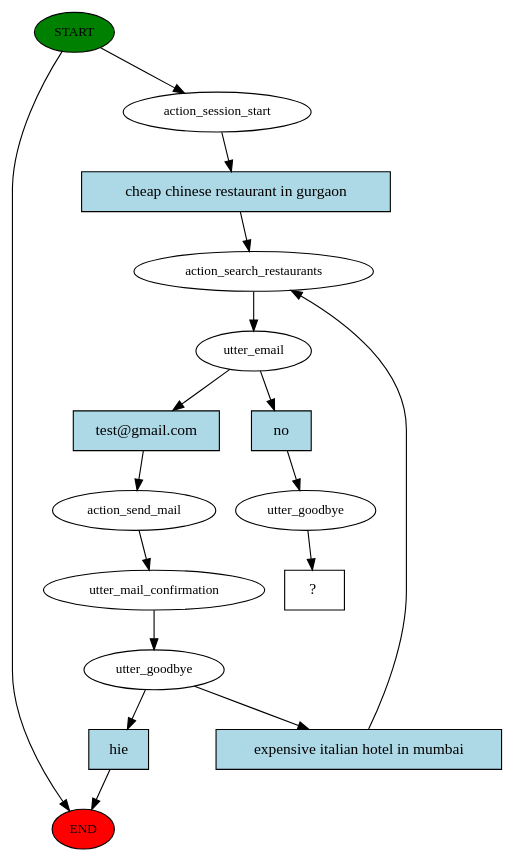
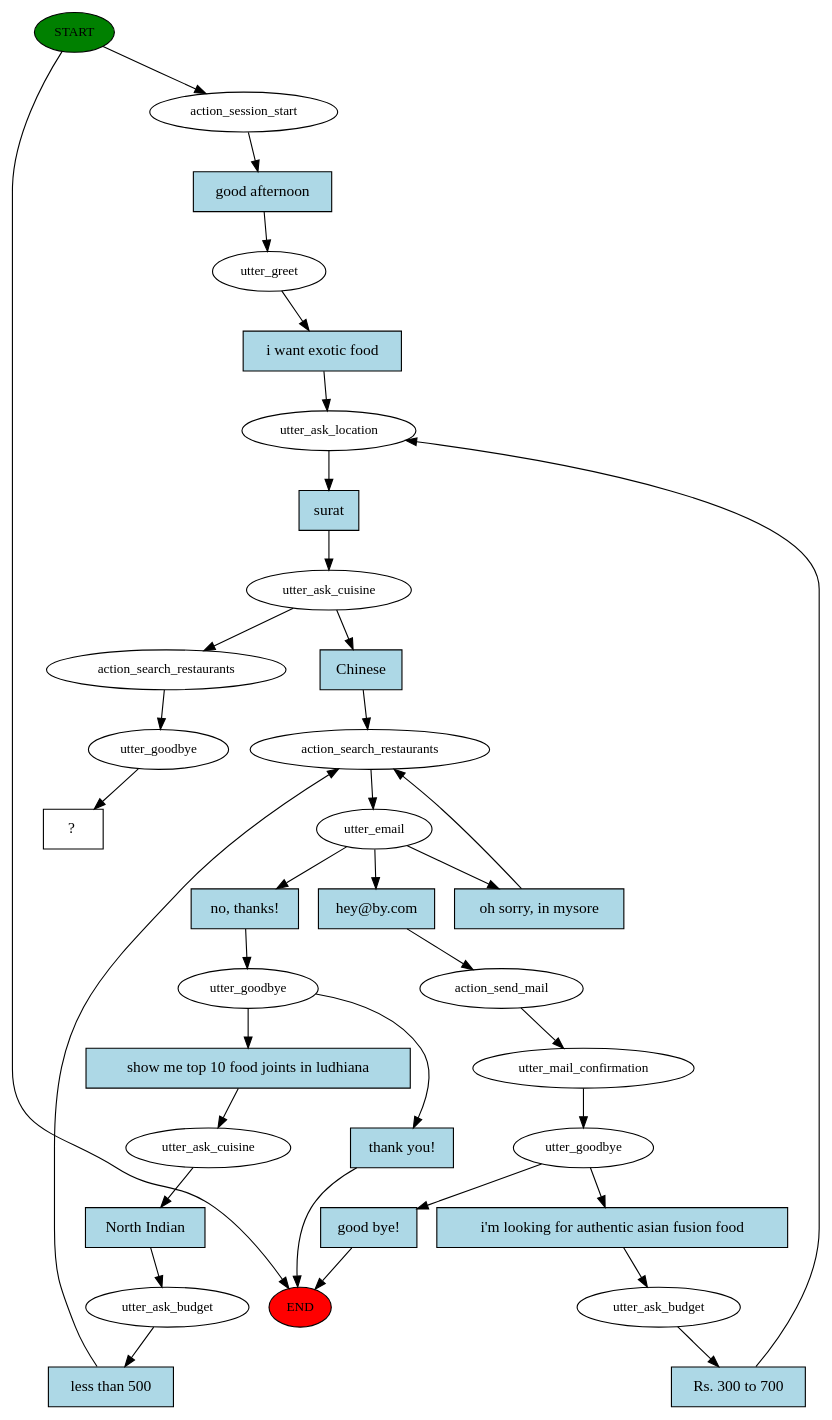
Before and after one commit to ahmfrz/restaurant-search-chatbot: the diagram in story_graph.dot, drawn with Graphviz. The commit also changed 4 other files, not shown here.

```diff
--- a/story_graph.dot
+++ b/story_graph.dot
@@ -1,33 +1,70 @@
 digraph  {
 0 [class="start active", fillcolor=green, fontsize=12, label=START, style=filled];
 "-1" [class=end, fillcolor=red, fontsize=12, label=END, style=filled];
 1 [class=active, fontsize=12, label=action_session_start];
-2 [class=active, fontsize=12, label=action_search_restaurants];
-3 [class=active, fontsize=12, label=utter_email];
-4 [class=active, fontsize=12, label=action_send_mail];
-5 [class=active, fontsize=12, label=utter_mail_confirmation];
-6 [class=active, fontsize=12, label=utter_goodbye];
-15 [class=active, fontsize=12, label=utter_goodbye];
-16 [class="intent dashed active", label="  ?  ", shape=rect];
-17 [class="intent active", fillcolor=lightblue, label="cheap chinese restaurant in gurgaon", shape=rect, style=filled];
-18 [class="intent active", fillcolor=lightblue, label="test@gmail.com", shape=rect, style=filled];
-19 [class="intent active", fillcolor=lightblue, label=no, shape=rect, style=filled];
-20 [class=intent, fillcolor=lightblue, label=hie, shape=rect, style=filled];
-21 [class="intent active", fillcolor=lightblue, label="expensive italian hotel in mumbai", shape=rect, style=filled];
+2 [class=active, fontsize=12, label=utter_greet];
+3 [class=active, fontsize=12, label=utter_ask_location];
+4 [class=active, fontsize=12, label=utter_ask_cuisine];
+5 [class=active, fontsize=12, label=action_search_restaurants];
+6 [class=active, fontsize=12, label=utter_email];
+9 [class=active, fontsize=12, label=utter_goodbye];
+19 [class=active, fontsize=12, label=utter_ask_cuisine];
+20 [class=active, fontsize=12, label=utter_ask_budget];
+23 [class=active, fontsize=12, label=action_send_mail];
+24 [class=active, fontsize=12, label=utter_mail_confirmation];
+25 [class=active, fontsize=12, label=utter_goodbye];
+42 [class=active, fontsize=12, label=utter_ask_budget];
+45 [class=active, fontsize=12, label=action_search_restaurants];
+46 [class=active, fontsize=12, label=utter_goodbye];
+47 [class="intent dashed active", label="  ?  ", shape=rect];
+48 [class="intent active", fillcolor=lightblue, label="good afternoon", shape=rect, style=filled];
+49 [class="intent active", fillcolor=lightblue, label="i want exotic food", shape=rect, style=filled];
+50 [class="intent active", fillcolor=lightblue, label=surat, shape=rect, style=filled];
+51 [class="intent active", fillcolor=lightblue, label=Chinese, shape=rect, style=filled];
+52 [class="intent active", fillcolor=lightblue, label="oh sorry, in mysore", shape=rect, style=filled];
+53 [class="intent active", fillcolor=lightblue, label="no, thanks!", shape=rect, style=filled];
+54 [class="intent active", fillcolor=lightblue, label="hey@by.com", shape=rect, style=filled];
+55 [class=intent, fillcolor=lightblue, label="thank you!", shape=rect, style=filled];
+56 [class="intent active", fillcolor=lightblue, label="show me top 10 food joints in ludhiana", shape=rect, style=filled];
+57 [class="intent active", fillcolor=lightblue, label="North Indian", shape=rect, style=filled];
+58 [class="intent active", fillcolor=lightblue, label="less than 500", shape=rect, style=filled];
+59 [class=intent, fillcolor=lightblue, label="good bye!", shape=rect, style=filled];
+60 [class="intent active", fillcolor=lightblue, label="i'm looking for authentic asian fusion food", shape=rect, style=filled];
+61 [class="intent active", fillcolor=lightblue, label="Rs. 300 to 700", shape=rect, style=filled];
 0 -> "-1"  [class="", key=NONE, label=""];
 0 -> 1  [class=active, key=NONE, label=""];
-1 -> 17  [class=active, key=0];
-2 -> 3  [class=active, key=NONE, label=""];
-3 -> 18  [class=active, key=0];
-3 -> 19  [class=active, key=0];
-4 -> 5  [class=active, key=NONE, label=""];
+1 -> 48  [class=active, key=0];
+2 -> 49  [class=active, key=0];
+3 -> 50  [class=active, key=0];
+4 -> 45  [class=active, key=NONE, label=""];
+4 -> 51  [class=active, key=0];
 5 -> 6  [class=active, key=NONE, label=""];
-6 -> 20  [class="", key=0];
-6 -> 21  [class=active, key=0];
-15 -> 16  [class=active, key=NONE, label=""];
-17 -> 2  [class=active, key=0];
-18 -> 4  [class=active, key=0];
-19 -> 15  [class=active, key=0];
-20 -> "-1"  [class="", key=0];
-21 -> 2  [class=active, key=0];
+6 -> 52  [class=active, key=0];
+6 -> 53  [class=active, key=0];
+6 -> 54  [class=active, key=0];
+9 -> 55  [class="", key=0];
+9 -> 56  [class=active, key=0];
+19 -> 57  [class=active, key=0];
+20 -> 58  [class=active, key=0];
+23 -> 24  [class=active, key=NONE, label=""];
+24 -> 25  [class=active, key=NONE, label=""];
+25 -> 59  [class="", key=0];
+25 -> 60  [class=active, key=0];
+42 -> 61  [class=active, key=0];
+45 -> 46  [class=active, key=NONE, label=""];
+46 -> 47  [class=active, key=NONE, label=""];
+48 -> 2  [class=active, key=0];
+49 -> 3  [class=active, key=0];
+50 -> 4  [class=active, key=0];
+51 -> 5  [class=active, key=0];
+52 -> 5  [class=active, key=0];
+53 -> 9  [class=active, key=0];
+54 -> 23  [class=active, key=0];
+55 -> "-1"  [class="", key=0];
+56 -> 19  [class=active, key=0];
+57 -> 20  [class=active, key=0];
+58 -> 5  [class=active, key=0];
+59 -> "-1"  [class="", key=0];
+60 -> 42  [class=active, key=0];
+61 -> 3  [class=active, key=0];
 }
```
